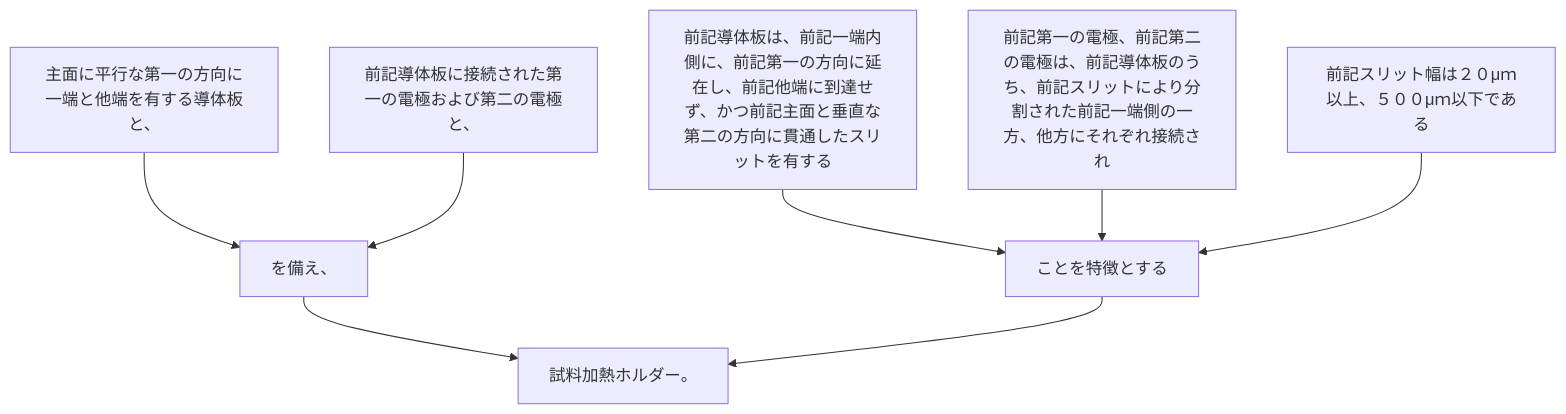
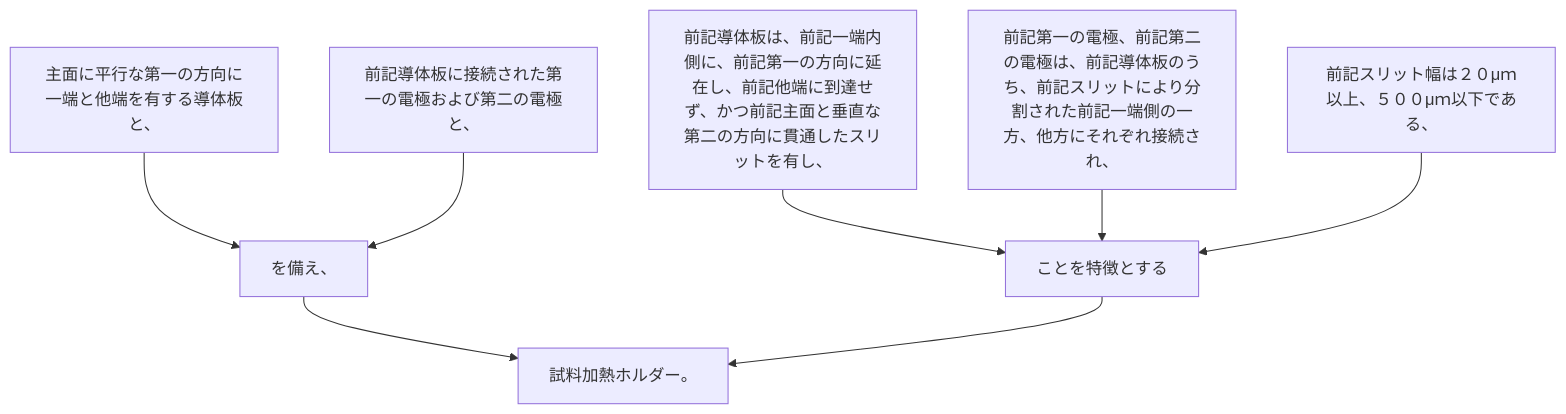
Before and after one commit to shinmori55/patent_analyzed: the diagram in 2024/JP2024030202A/claim_1/README.md, drawn with Mermaid. The commit also changed 336 other files, not shown here.

````diff
--- a/2024/JP2024030202A/claim_1/README.md
+++ b/2024/JP2024030202A/claim_1/README.md
@@ -6,18 +6,18 @@
 ```mermaid
 flowchart TD
 A[主面に平行な第一の方向に一端と他端を有する導体板と、]
 B[前記導体板に接続された第一の電極および第二の電極と、]
 C[を備え、]
-D[前記導体板は、前記一端内側に、前記第一の方向に延在し、前記他端に到達せず、かつ前記主面と垂直な第二の方向に貫通したスリットを有する]
-E[前記第一の電極、前記第二の電極は、前記導体板のうち、前記スリットにより分割された前記一端側の一方、他方にそれぞれ接続され]
-F[前記スリット幅は２０μｍ以上、５００μｍ以下である]
+D[前記導体板は、前記一端内側に、前記第一の方向に延在し、前記他端に到達せず、かつ前記主面と垂直な第二の方向に貫通したスリットを有し、]
+E[前記第一の電極、前記第二の電極は、前記導体板のうち、前記スリットにより分割された前記一端側の一方、他方にそれぞれ接続され、]
+F[前記スリット幅は２０μｍ以上、５００μｍ以下である、]
 G[ことを特徴とする]
 H[試料加熱ホルダー。]
 A --> C
 B --> C
 C --> H
 D --> G
 E --> G
 F --> G
 G --> H
 ```
````
